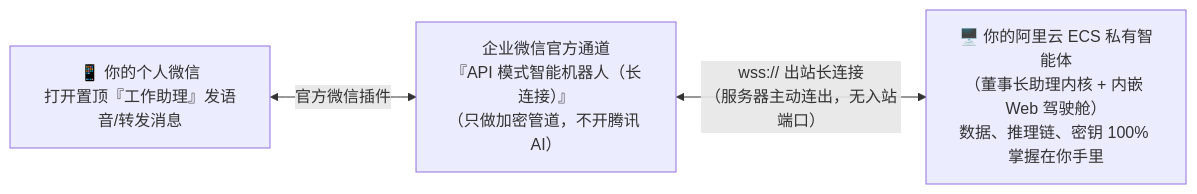
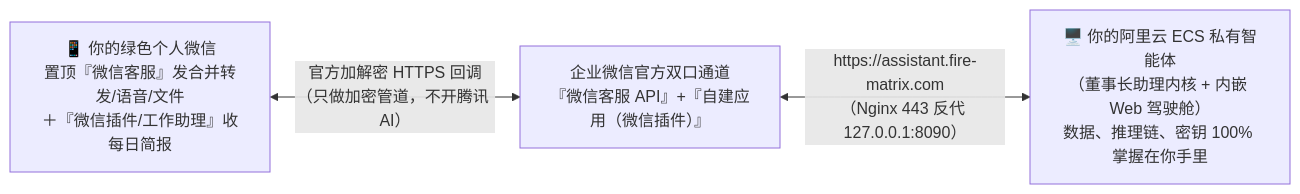
Before and after one commit to JohnWissentek/agentic_learning: the diagram in wechat_AI_assistant/docs/01-需求定义与日常场景.md, drawn with Mermaid. The commit also changed other lines of this file and 46 other files, not shown here.

````diff
--- a/wechat_AI_assistant/docs/01-需求定义与日常场景.md
+++ b/wechat_AI_assistant/docs/01-需求定义与日常场景.md
@@ -31,5 +31,5 @@
 ```mermaid
 flowchart LR
-    U["📱 你的个人微信<br/>打开置顶『工作助理』发语音/转发消息"] <-->|"官方微信插件"| WC["企业微信官方通道<br/>『API 模式智能机器人（长连接）』<br/>（只做加密管道，不开腾讯 AI）"]
-    WC <-->|"wss:// 出站长连接<br/>（服务器主动连出，无入站端口）"| ECS["🖥️ 你的阿里云 ECS 私有智能体<br/>（董事长助理内核 + 内嵌 Web 驾驶舱）<br/>数据、推理链、密钥 100% 掌握在你手里"]
+    U["📱 你的绿色个人微信<br/>置顶『微信客服』发合并转发/语音/文件<br/>＋『微信插件/工作助理』收每日简报"] <-->|"官方加解密 HTTPS 回调<br/>（只做加密管道，不开腾讯 AI）"| WC["企业微信官方双口通道<br/>『微信客服 API』+『自建应用（微信插件）』"]
+    WC <-->|"https://assistant.fire-matrix.com<br/>（Nginx 443 反代 127.0.0.1:8090）"| ECS["🖥️ 你的阿里云 ECS 私有智能体<br/>（董事长助理内核 + 内嵌 Web 驾驶舱）<br/>数据、推理链、密钥 100% 掌握在你手里"]
 ```
````
